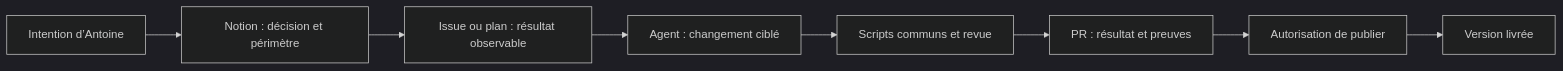
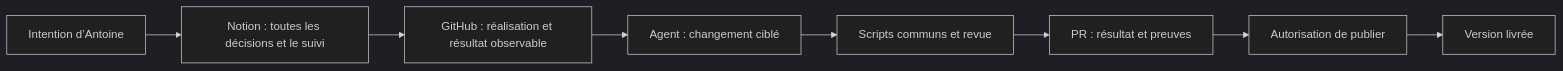
Before and after one commit to antoineberjoan/sema: the diagram in docs/engineering/WORKFLOW.md, drawn with Mermaid (dark theme). The commit also changed other lines of this file and 8 other files, not shown here.

````diff
--- a/docs/engineering/WORKFLOW.md
+++ b/docs/engineering/WORKFLOW.md
@@ -7,10 +7,10 @@
 ```mermaid
 flowchart LR
-    Human["Intention d’Antoine"] --> Notion["Notion : décision et périmètre"]
-    Notion --> Task["Issue ou plan : résultat observable"]
+    Human["Intention d’Antoine"] --> Notion["Notion : toutes les décisions et le suivi"]
+    Notion --> Task["GitHub : réalisation et résultat observable"]
     Task --> Agent["Agent : changement ciblé"]
     Agent --> Checks["Scripts communs et revue"]
     Checks --> PR["PR : résultat et preuves"]
     PR --> Approval["Autorisation de publier"]
     Approval --> Delivery["Version livrée"]
 ```
````
